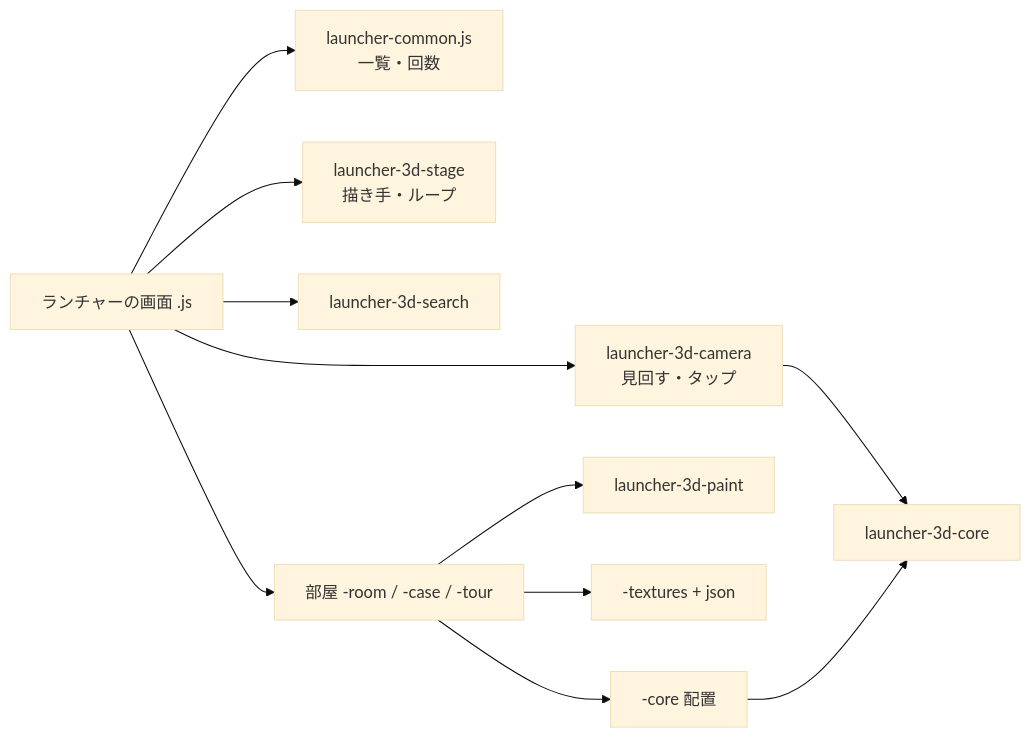
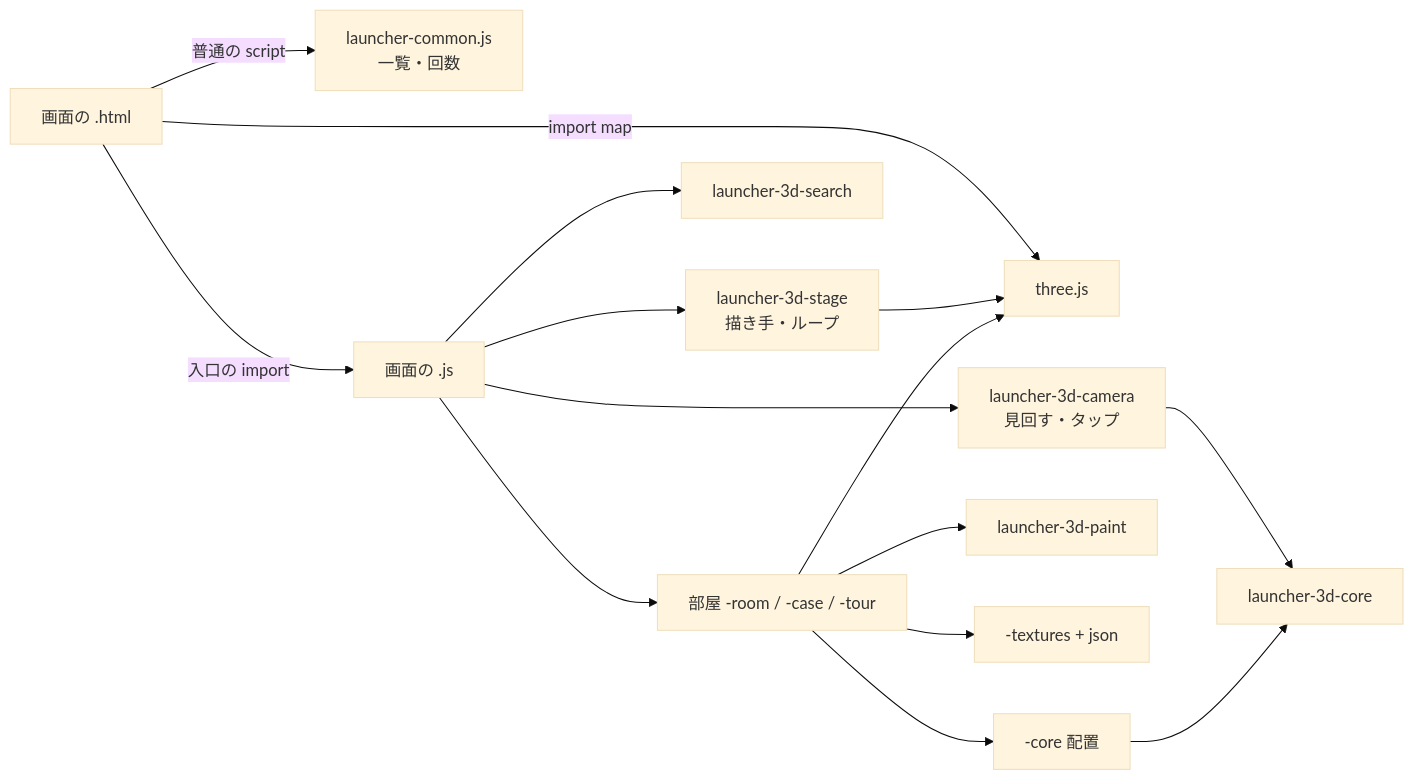
Before and after one commit to kougin-amamn/smartools: the diagram in docs/design/launcher-3d.md, drawn with Mermaid (base theme). The commit also changed other lines of this file and 1 other file, not shown here.

````diff
--- a/docs/design/launcher-3d.md
+++ b/docs/design/launcher-3d.md
@@ -174,13 +100,17 @@
 ```mermaid
 flowchart LR
-  page[ランチャーの画面 .js] --> common[launcher-common.js<br>一覧・回数]
+  html[画面の .html] -->|普通の script| common[launcher-common.js<br>一覧・回数]
+  html -->|import map| three[three.js]
+  html -->|入口の import| page[画面の .js]
   page --> stage[launcher-3d-stage<br>描き手・ループ]
   page --> camera[launcher-3d-camera<br>見回す・タップ]
   page --> search[launcher-3d-search]
   page --> room[部屋 -room / -case / -tour]
   room --> paint[launcher-3d-paint]
   room --> tex[-textures + json]
+  room --> core[-core 配置]
   camera --> core3d[launcher-3d-core]
-  room --> core[-core 配置]
   core --> core3d
+  stage --> three
+  room --> three
 ```
````
